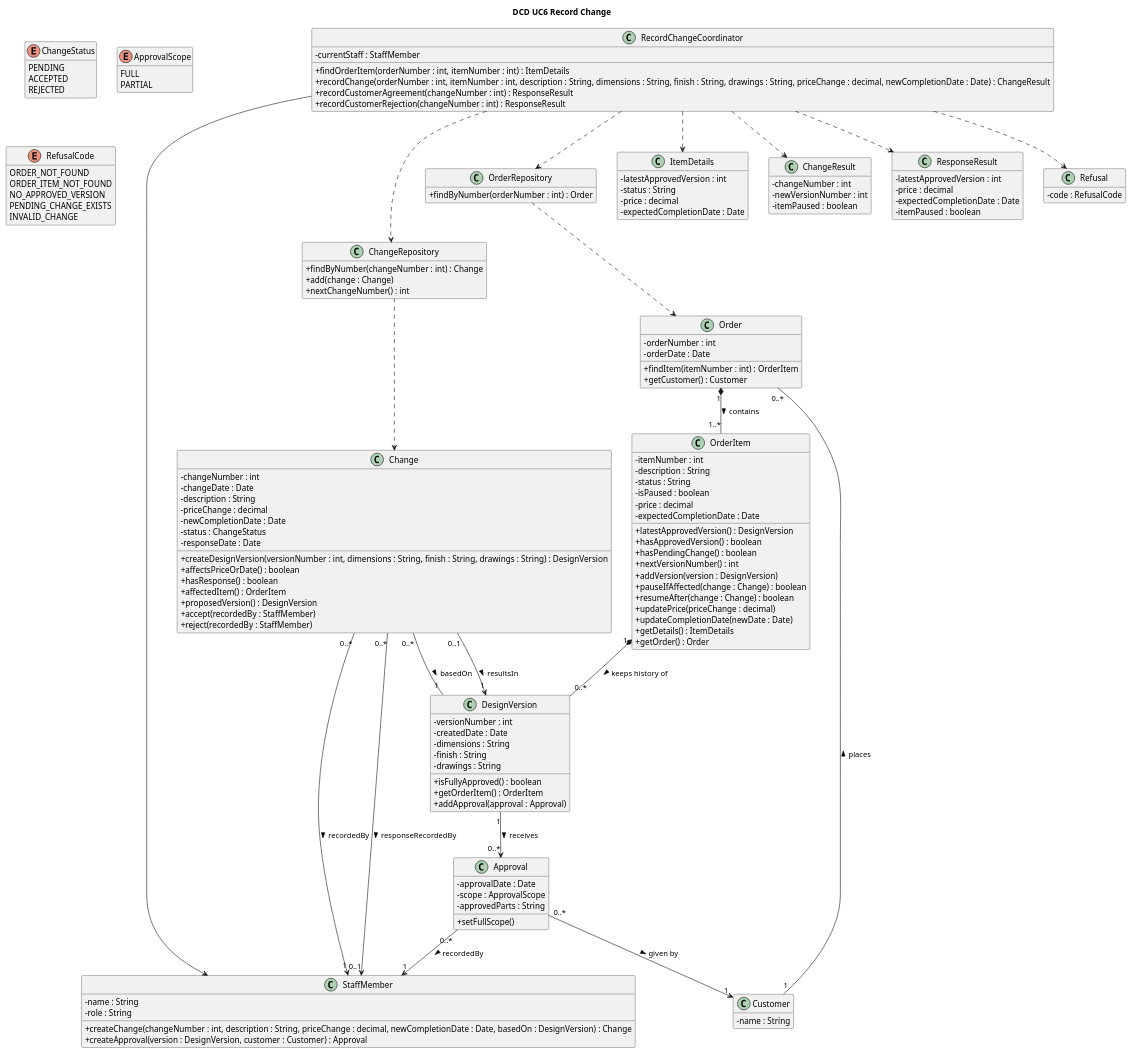
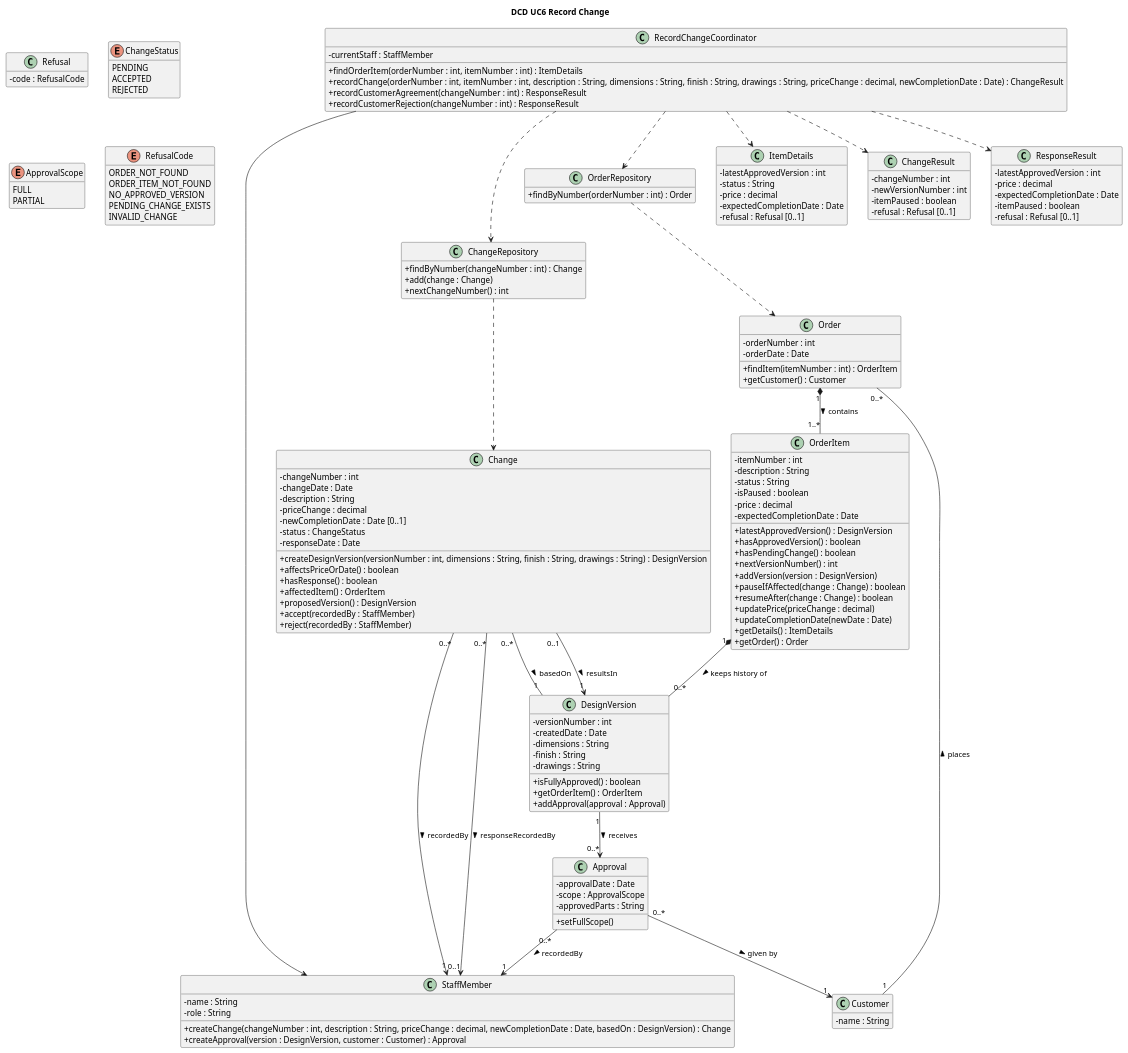
The diagram in dcd-uc6-record-change.puml (Ahmad-1031/OOAD_CA2), drawn with PlantUML before and after one commit. The commit also changed 6 other files, not shown here.

First line of the commit message:
Make Refusal part of result types and newCompletionDate optional and create contributions.md

```diff
--- a/dcd-uc6-record-change.puml
+++ b/dcd-uc6-record-change.puml
@@ -1,162 +1,164 @@
 @startuml DCD-uc6-record-change
 title DCD UC6 Record Change
 hide empty members
 skinparam classAttributeIconSize 0
 
 class RecordChangeCoordinator {
   - currentStaff : StaffMember
   + findOrderItem(orderNumber : int, itemNumber : int) : ItemDetails
   + recordChange(orderNumber : int, itemNumber : int, description : String, dimensions : String, finish : String, drawings : String, priceChange : decimal, newCompletionDate : Date) : ChangeResult
   + recordCustomerAgreement(changeNumber : int) : ResponseResult
   + recordCustomerRejection(changeNumber : int) : ResponseResult
 }
 
 class OrderRepository {
   + findByNumber(orderNumber : int) : Order
 }
 
 class ChangeRepository {
   + findByNumber(changeNumber : int) : Change
   + add(change : Change)
   + nextChangeNumber() : int
 }
 
 class Order {
   - orderNumber : int
   - orderDate : Date
   + findItem(itemNumber : int) : OrderItem
   + getCustomer() : Customer
 }
 
 class OrderItem {
   - itemNumber : int
   - description : String
   - status : String
   - isPaused : boolean
   - price : decimal
   - expectedCompletionDate : Date
   + latestApprovedVersion() : DesignVersion
   + hasApprovedVersion() : boolean
   + hasPendingChange() : boolean
   + nextVersionNumber() : int
   + addVersion(version : DesignVersion)
   + pauseIfAffected(change : Change) : boolean
   + resumeAfter(change : Change) : boolean
   + updatePrice(priceChange : decimal)
   + updateCompletionDate(newDate : Date)
   + getDetails() : ItemDetails
   + getOrder() : Order
 }
 
 class DesignVersion {
   - versionNumber : int
   - createdDate : Date
   - dimensions : String
   - finish : String
   - drawings : String
   + isFullyApproved() : boolean
   + getOrderItem() : OrderItem
   + addApproval(approval : Approval)
 }
 
 class Change {
   - changeNumber : int
   - changeDate : Date
   - description : String
   - priceChange : decimal
-  - newCompletionDate : Date
+  - newCompletionDate : Date [0..1]
   - status : ChangeStatus
   - responseDate : Date
   + createDesignVersion(versionNumber : int, dimensions : String, finish : String, drawings : String) : DesignVersion
   + affectsPriceOrDate() : boolean
   + hasResponse() : boolean
   + affectedItem() : OrderItem
   + proposedVersion() : DesignVersion
   + accept(recordedBy : StaffMember)
   + reject(recordedBy : StaffMember)
 }
 
 class Approval {
   - approvalDate : Date
   - scope : ApprovalScope
   - approvedParts : String
   + setFullScope()
 }
 
 class StaffMember {
   - name : String
   - role : String
   + createChange(changeNumber : int, description : String, priceChange : decimal, newCompletionDate : Date, basedOn : DesignVersion) : Change
   + createApproval(version : DesignVersion, customer : Customer) : Approval
 }
 
 class Customer {
   - name : String
 }
 
 class ItemDetails {
   - latestApprovedVersion : int
   - status : String
   - price : decimal
   - expectedCompletionDate : Date
+  - refusal : Refusal [0..1]
 }
 
 class ChangeResult {
   - changeNumber : int
   - newVersionNumber : int
   - itemPaused : boolean
+  - refusal : Refusal [0..1]
 }
 
 class ResponseResult {
   - latestApprovedVersion : int
   - price : decimal
   - expectedCompletionDate : Date
   - itemPaused : boolean
+  - refusal : Refusal [0..1]
 }
 
 class Refusal {
   - code : RefusalCode
 }
 
 enum ChangeStatus {
   PENDING
   ACCEPTED
   REJECTED
 }
 
 enum ApprovalScope {
   FULL
   PARTIAL
 }
 
 enum RefusalCode {
   ORDER_NOT_FOUND
   ORDER_ITEM_NOT_FOUND
   NO_APPROVED_VERSION
   PENDING_CHANGE_EXISTS
   INVALID_CHANGE
 }
 
 RecordChangeCoordinator ..> OrderRepository
 RecordChangeCoordinator ..> ChangeRepository
 RecordChangeCoordinator --> StaffMember
 RecordChangeCoordinator ..> ItemDetails
 RecordChangeCoordinator ..> ChangeResult
 RecordChangeCoordinator ..> ResponseResult
-RecordChangeCoordinator ..> Refusal
 
 OrderRepository ..> Order
 ChangeRepository ..> Change
 
 Customer "1" -- "0..*" Order : places >
 Order "1" *-- "1..*" OrderItem : contains >
 OrderItem "1" *-- "0..*" DesignVersion : keeps history of >
 DesignVersion "1" --> "0..*" Approval : receives >
 Approval "0..*" --> "1" Customer : given by >
 Approval "0..*" --> "1" StaffMember : recordedBy >
 Change "0..*" -- "1" DesignVersion : basedOn >
 Change "0..1" --> "1" DesignVersion : resultsIn >
 Change "0..*" --> "1" StaffMember : recordedBy >
 Change "0..*" --> "0..1" StaffMember : responseRecordedBy >
 
 @enduml
```
